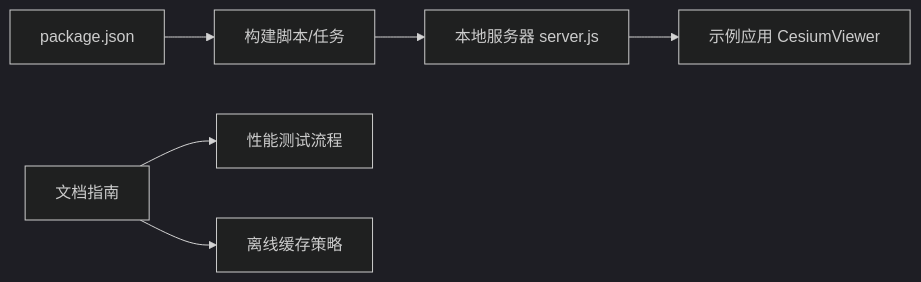
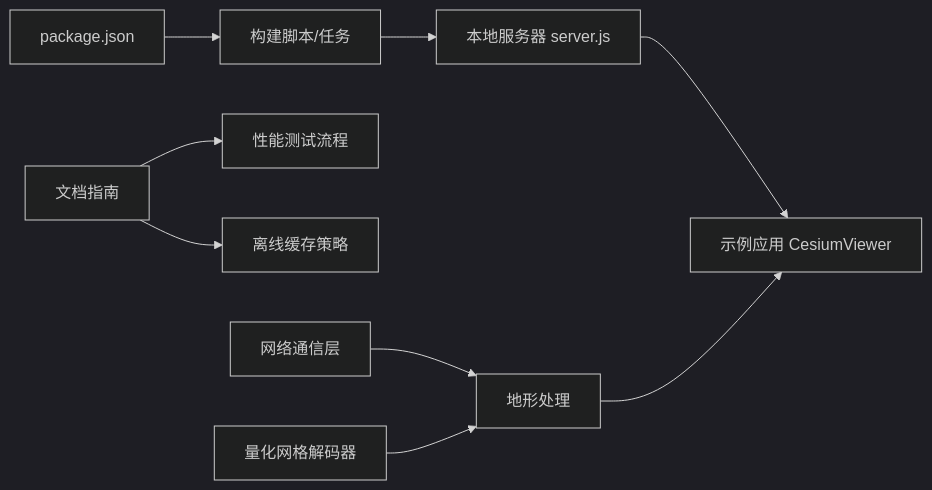
The eighth of 8 diagrams in .qoder/repowiki/zh/content/性能优化/数据加载优化/数据加载优化.md (rzhangjing/cesium), drawn with Mermaid (dark theme) before and after one commit. The commit also changed other lines of this file and 92 other files, not shown here.

````diff
--- a/.qoder/repowiki/zh/content/性能优化/数据加载优化/数据加载优化.md
+++ b/.qoder/repowiki/zh/content/性能优化/数据加载优化/数据加载优化.md
@@ -277,8 +324,11 @@
 ```mermaid
 graph LR
 Pkg["package.json"] --> Build["构建脚本/任务"]
 Build --> Server["本地服务器 server.js"]
 Server --> App["示例应用 CesiumViewer"]
 Docs["文档指南"] --> Test["性能测试流程"]
 Docs --> Offline["离线缓存策略"]
+NetworkLayer["网络通信层"] --> Terrain["地形处理"]
+MeshDecoder["量化网格解码器"] --> Terrain
+Terrain --> App
 ```
````
